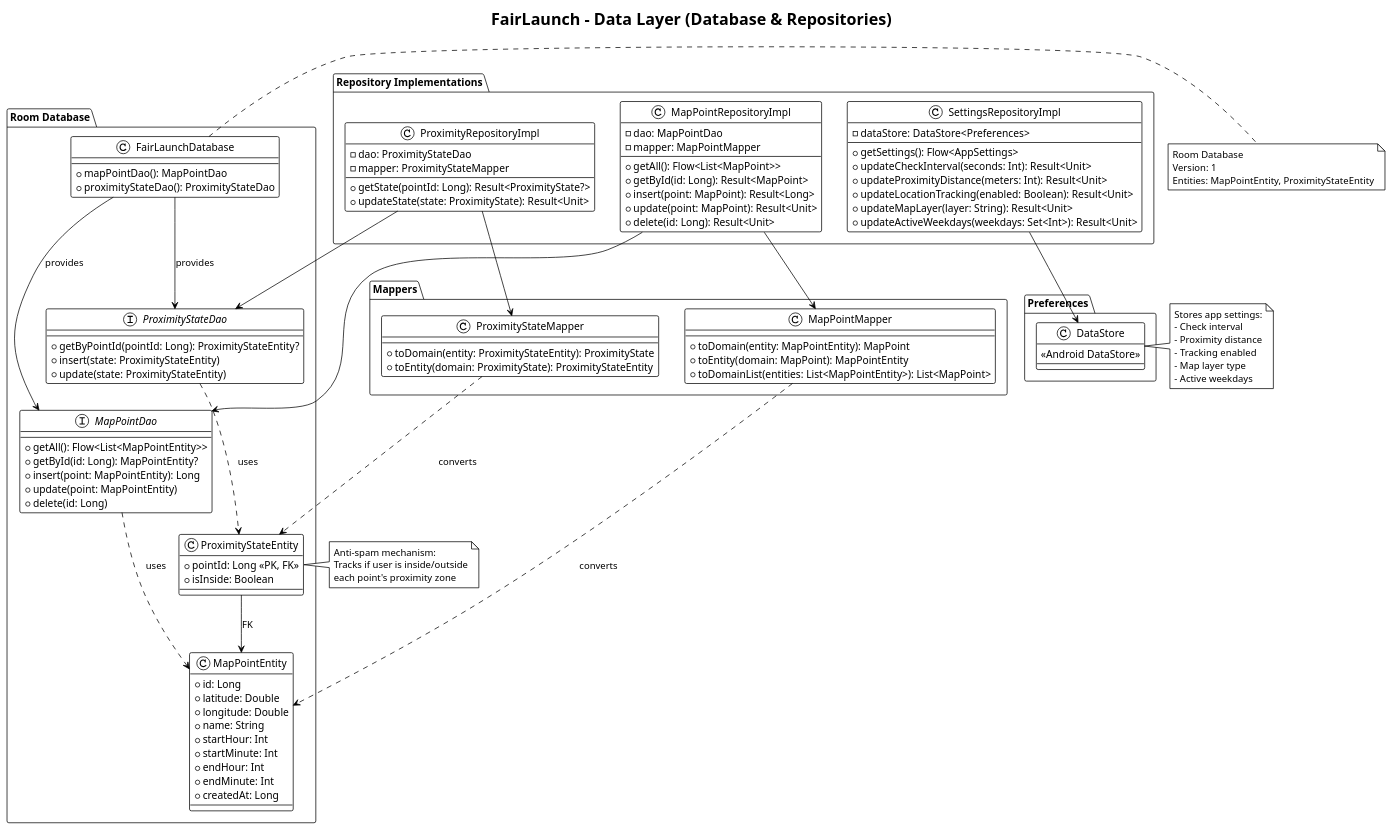
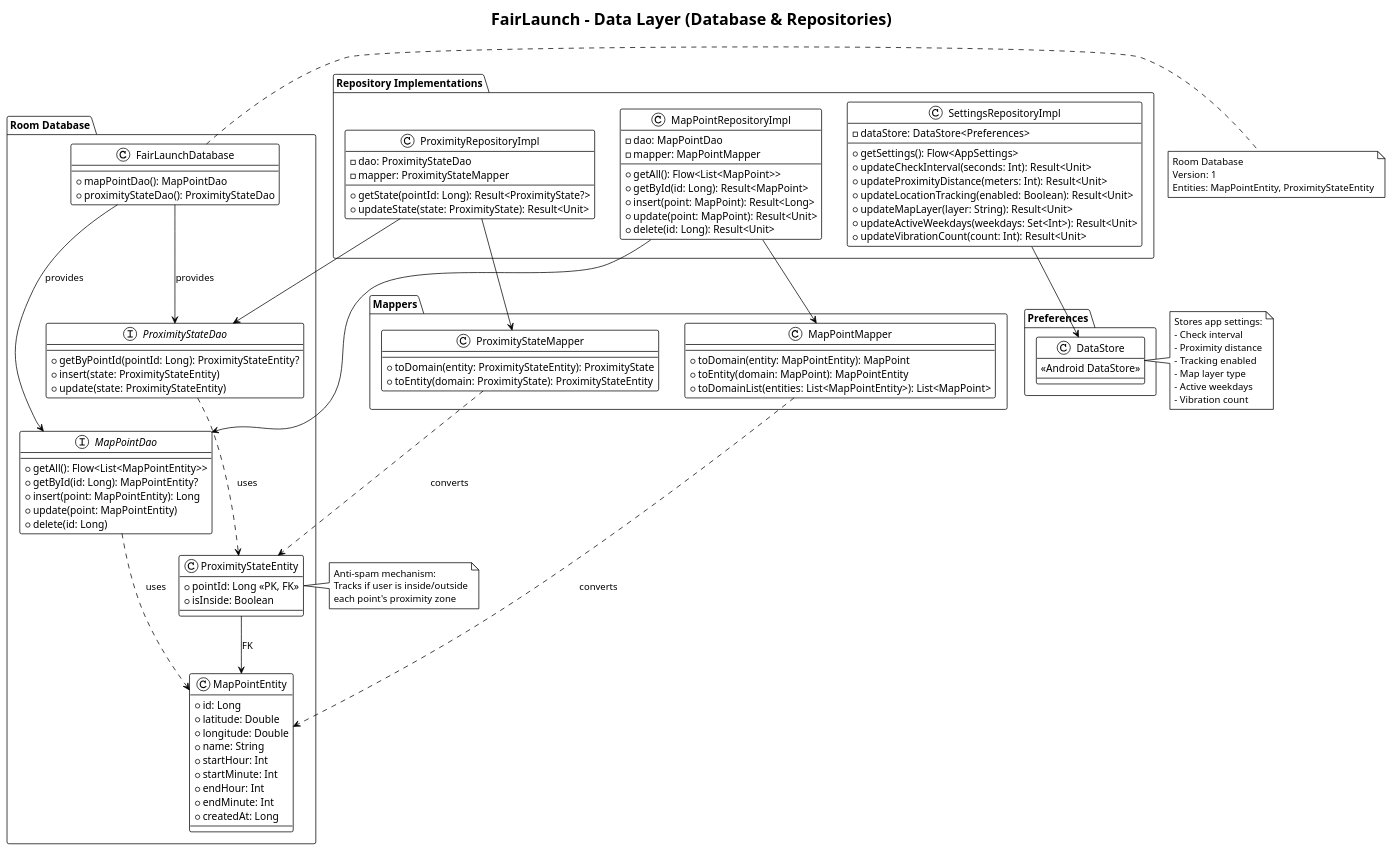
The diagram in docs/data-layer.puml (harzoglups/FairLaunch), drawn with PlantUML before and after one commit. The commit also changed 13 other files, not shown here.

Commit message:
feat(settings): add configurable vibration count for zone detection

```diff
--- a/docs/data-layer.puml
+++ b/docs/data-layer.puml
@@ -1,134 +1,136 @@
 @startuml FairLaunch-Data-Layer
 !theme plain
 skinparam backgroundColor #FFFFFF
 
 title FairLaunch - Data Layer (Database & Repositories)
 
 package "Repository Implementations" {
   class MapPointRepositoryImpl {
     - dao: MapPointDao
     - mapper: MapPointMapper
     + getAll(): Flow<List<MapPoint>>
     + getById(id: Long): Result<MapPoint>
     + insert(point: MapPoint): Result<Long>
     + update(point: MapPoint): Result<Unit>
     + delete(id: Long): Result<Unit>
   }
   
   class ProximityRepositoryImpl {
     - dao: ProximityStateDao
     - mapper: ProximityStateMapper
     + getState(pointId: Long): Result<ProximityState?>
     + updateState(state: ProximityState): Result<Unit>
   }
   
   class SettingsRepositoryImpl {
     - dataStore: DataStore<Preferences>
     + getSettings(): Flow<AppSettings>
     + updateCheckInterval(seconds: Int): Result<Unit>
     + updateProximityDistance(meters: Int): Result<Unit>
     + updateLocationTracking(enabled: Boolean): Result<Unit>
     + updateMapLayer(layer: String): Result<Unit>
     + updateActiveWeekdays(weekdays: Set<Int>): Result<Unit>
+    + updateVibrationCount(count: Int): Result<Unit>
   }
 }
 
 package "Room Database" {
   class FairLaunchDatabase {
     + mapPointDao(): MapPointDao
     + proximityStateDao(): ProximityStateDao
   }
   
   interface MapPointDao {
     + getAll(): Flow<List<MapPointEntity>>
     + getById(id: Long): MapPointEntity?
     + insert(point: MapPointEntity): Long
     + update(point: MapPointEntity)
     + delete(id: Long)
   }
   
   interface ProximityStateDao {
     + getByPointId(pointId: Long): ProximityStateEntity?
     + insert(state: ProximityStateEntity)
     + update(state: ProximityStateEntity)
   }
   
   class MapPointEntity {
     + id: Long
     + latitude: Double
     + longitude: Double
     + name: String
     + startHour: Int
     + startMinute: Int
     + endHour: Int
     + endMinute: Int
     + createdAt: Long
   }
   
   class ProximityStateEntity {
     + pointId: Long <<PK, FK>>
     + isInside: Boolean
   }
 }
 
 package "Mappers" {
   class MapPointMapper {
     + toDomain(entity: MapPointEntity): MapPoint
     + toEntity(domain: MapPoint): MapPointEntity
     + toDomainList(entities: List<MapPointEntity>): List<MapPoint>
   }
   
   class ProximityStateMapper {
     + toDomain(entity: ProximityStateEntity): ProximityState
     + toEntity(domain: ProximityState): ProximityStateEntity
   }
 }
 
 package "Preferences" {
   class DataStore {
     <<Android DataStore>>
   }
 }
 
 ' Relationships
 MapPointRepositoryImpl --> MapPointDao
 MapPointRepositoryImpl --> MapPointMapper
 
 ProximityRepositoryImpl --> ProximityStateDao
 ProximityRepositoryImpl --> ProximityStateMapper
 
 SettingsRepositoryImpl --> DataStore
 
 FairLaunchDatabase --> MapPointDao : provides
 FairLaunchDatabase --> ProximityStateDao : provides
 
 MapPointDao ..> MapPointEntity : uses
 ProximityStateDao ..> ProximityStateEntity : uses
 
 MapPointMapper ..> MapPointEntity : converts
 ProximityStateMapper ..> ProximityStateEntity : converts
 
 ProximityStateEntity --> MapPointEntity : FK
 
 note right of FairLaunchDatabase
   Room Database
   Version: 1
   Entities: MapPointEntity, ProximityStateEntity
 end note
 
 note right of DataStore
   Stores app settings:
   - Check interval
   - Proximity distance
   - Tracking enabled
   - Map layer type
   - Active weekdays
+  - Vibration count
 end note
 
 note right of ProximityStateEntity
   Anti-spam mechanism:
   Tracks if user is inside/outside
   each point's proximity zone
 end note
 
 @enduml
```
